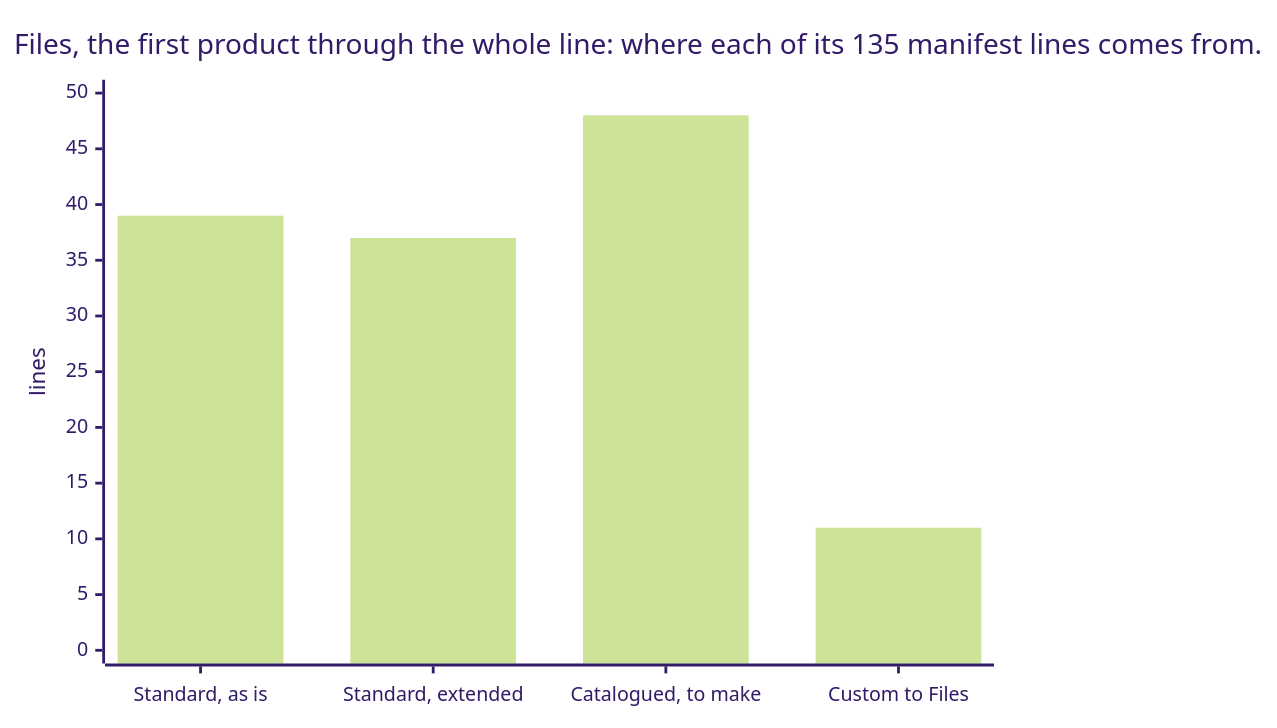
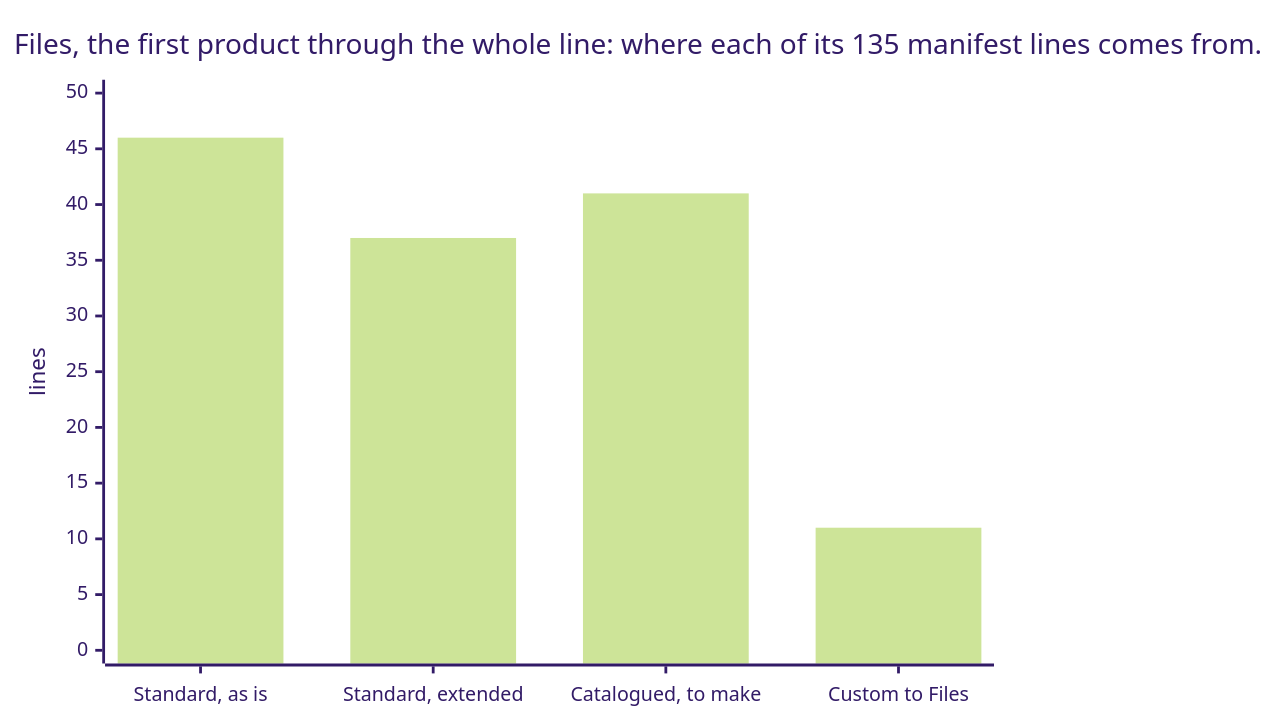
Before and after one commit to russlittle/ZTHR: the second of 3 diagrams in intent/docs/line/engineering.md, drawn with Mermaid (forest theme). The commit also changed other lines of this file and 23 other files, not shown here.

````diff
--- a/intent/docs/line/engineering.md
+++ b/intent/docs/line/engineering.md
@@ -65,7 +65,7 @@
 ```mermaid
 xychart-beta
   title "Files, the first product through the whole line: where each of its 135 manifest lines comes from."
   x-axis ["Standard, as is", "Standard, extended", "Catalogued, to make", "Custom to Files"]
   y-axis "lines" 0 --> 50
-  bar [39, 37, 48, 11]
+  bar [46, 37, 41, 11]
 ```
````
